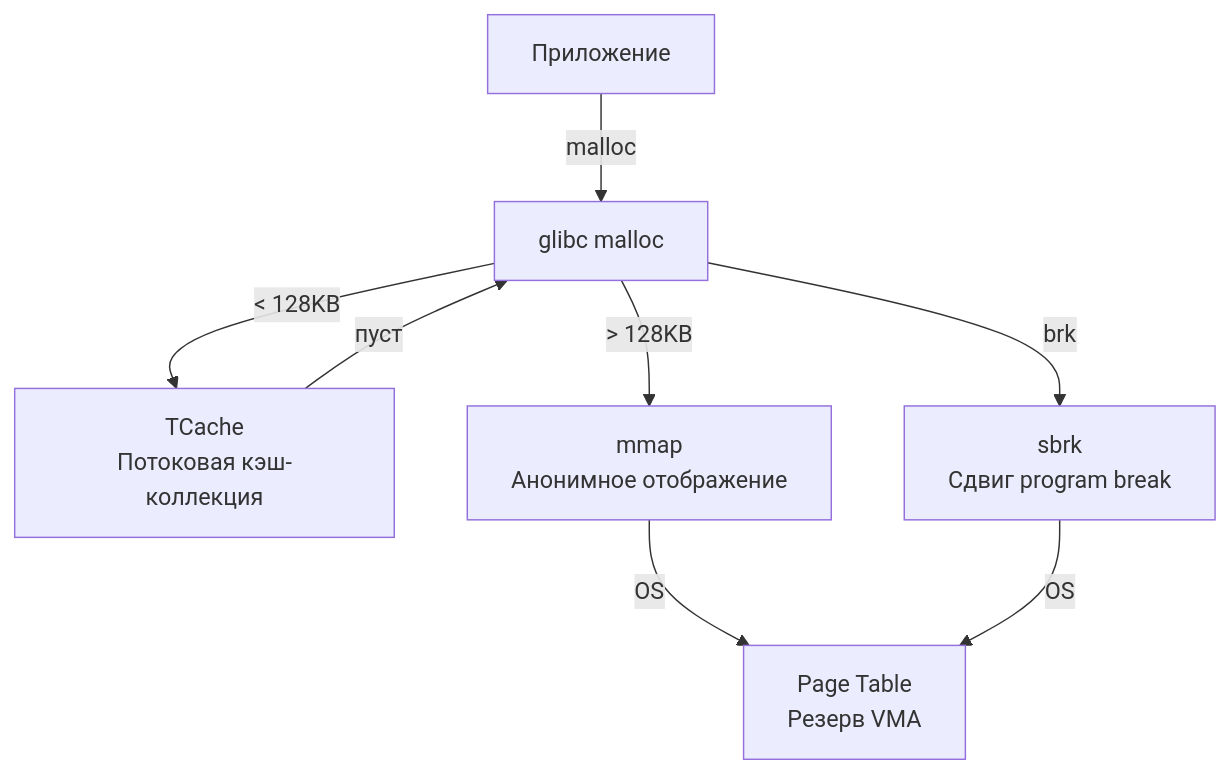
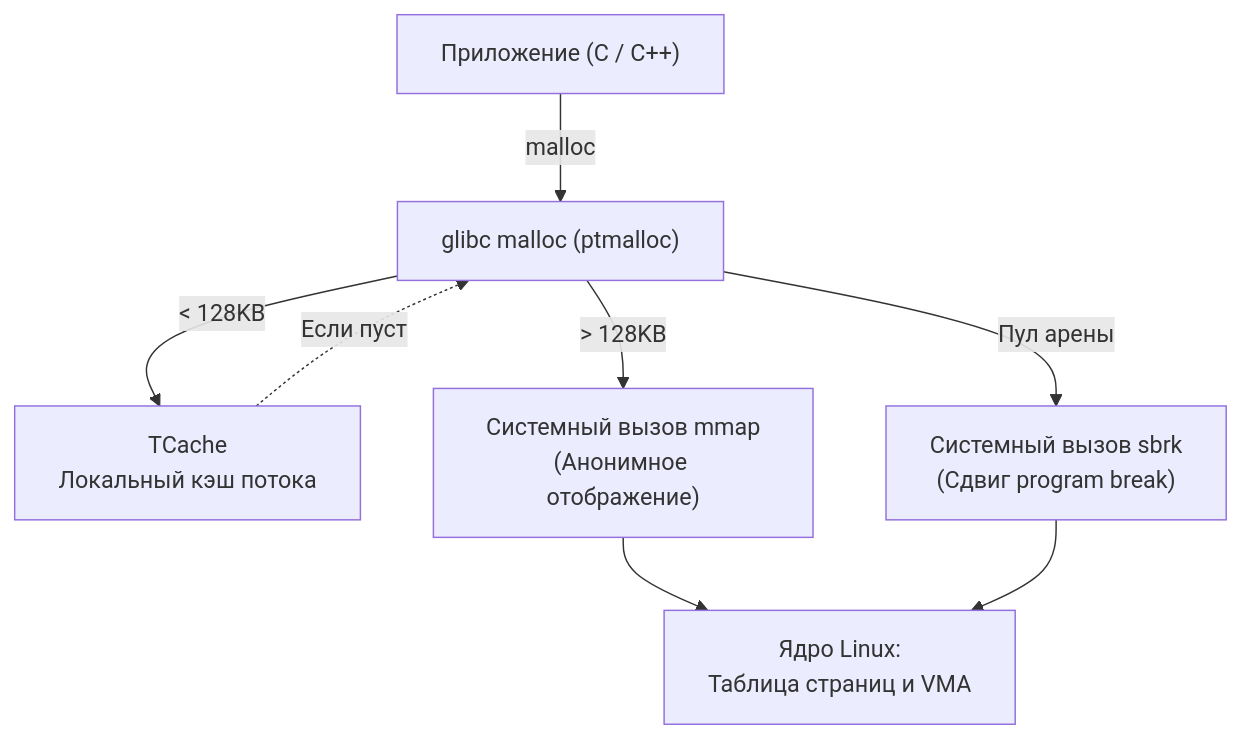
The diagram in sources/2. Устройство и работа ОС/15. malloc под капотом. Откуда ОС берет память.md (UnrealTemplier/go-textbook), drawn with Mermaid before and after one commit. The commit also changed other lines of this file, not shown here.

Commit message:
feat(module-02): editorial rewrite of Lecture 15 (Memory Allocators: brk, mmap, glibc ptmalloc, Go mheap/mcentral/mcache) in Kernighan style

````diff
--- a/sources/2. Устройство и работа ОС/15. malloc под капотом. Откуда ОС берет память.md
+++ b/sources/2. Устройство и работа ОС/15. malloc под капотом. Откуда ОС берет память.md
@@ -37,10 +75,14 @@
 ```mermaid
 flowchart TD
-    App["Приложение"] -->|malloc| Libc["glibc malloc"]
-    Libc -->|< 128KB| Tcache["TCache\nПотоковая кэш-коллекция"]
-    Libc -->|> 128KB| Mmap["mmap\nАнонимное отображение"]
-    Libc -->|brk| Brk["sbrk\nСдвиг program break"]
-    Tcache -->|пуст| Libc
-    Mmap -->|OS| PageTable["Page Table\nРезерв VMA"]
-    Brk -->|OS| PageTable
+    App["Приложение (C / C++)"] -->|malloc| Libc["glibc malloc (ptmalloc)"]
+    Libc -->|< 128KB| Tcache["TCache
+Локальный кэш потока"]
+    Libc -->|> 128KB| Mmap["Системный вызов mmap
+(Анонимное отображение)"]
+    Libc -->|Пул арены| Brk["Системный вызов sbrk
+(Сдвиг program break)"]
+    Tcache -.->|Если пуст| Libc
+    Mmap --> PageTable["Ядро Linux:
+Таблица страниц и VMA"]
+    Brk --> PageTable
 ```
````
